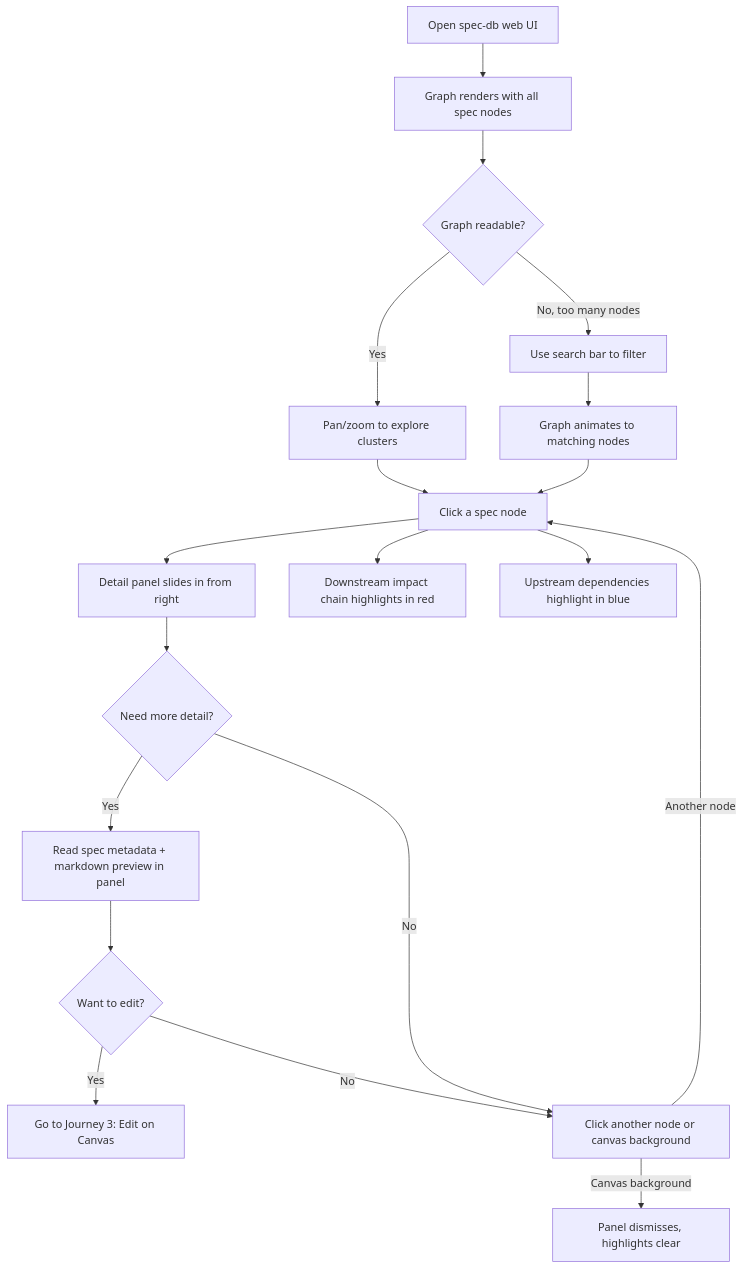
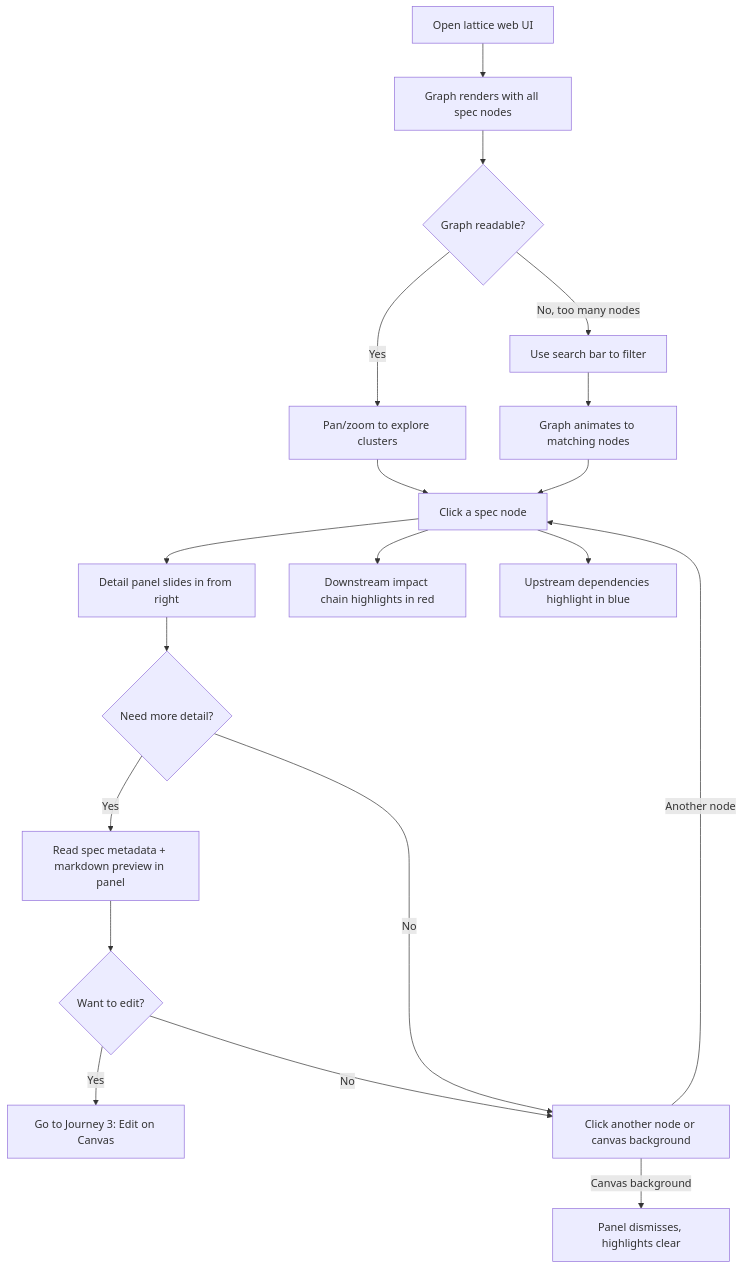
Before and after one commit to Jack-R-Hong/spec-db: the first of 4 diagrams in _bmad-output/planning-artifacts/ux-design-specification.md, drawn with Mermaid. The commit also changed other lines of this file and 49 other files, not shown here.

Commit message:
rename spec-db to lattice

````diff
--- a/_bmad-output/planning-artifacts/ux-design-specification.md
+++ b/_bmad-output/planning-artifacts/ux-design-specification.md
@@ -454,21 +454,21 @@
 ```mermaid
 flowchart TD
-    A[Open spec-db web UI] --> B[Graph renders with all spec nodes]
+    A[Open lattice web UI] --> B[Graph renders with all spec nodes]
     B --> C{Graph readable?}
     C -->|Yes| D[Pan/zoom to explore clusters]
     C -->|No, too many nodes| E[Use search bar to filter]
     E --> F[Graph animates to matching nodes]
     D --> G[Click a spec node]
     F --> G
     G --> H[Detail panel slides in from right]
     G --> I[Downstream impact chain highlights in red]
     G --> J[Upstream dependencies highlight in blue]
     H --> K{Need more detail?}
     K -->|Yes| L[Read spec metadata + markdown preview in panel]
     K -->|No| M[Click another node or canvas background]
     M -->|Canvas background| N[Panel dismisses, highlights clear]
     M -->|Another node| G
     L --> O{Want to edit?}
     O -->|Yes| P[Go to Journey 3: Edit on Canvas]
     O -->|No| M
 ```
````
